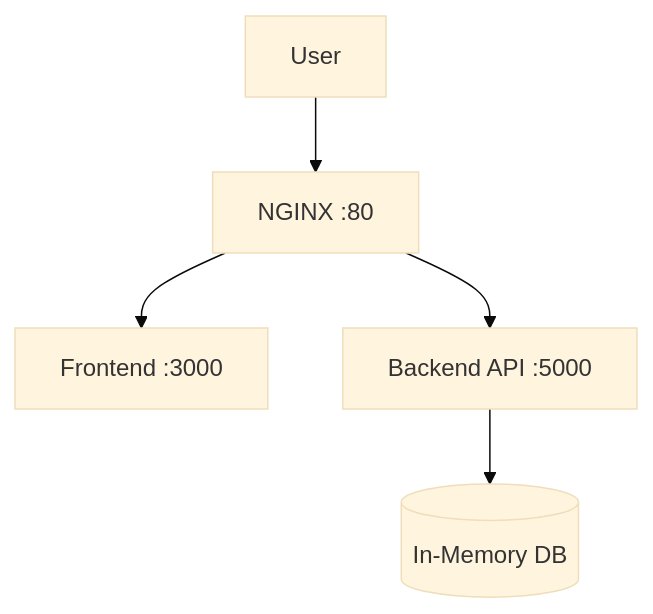
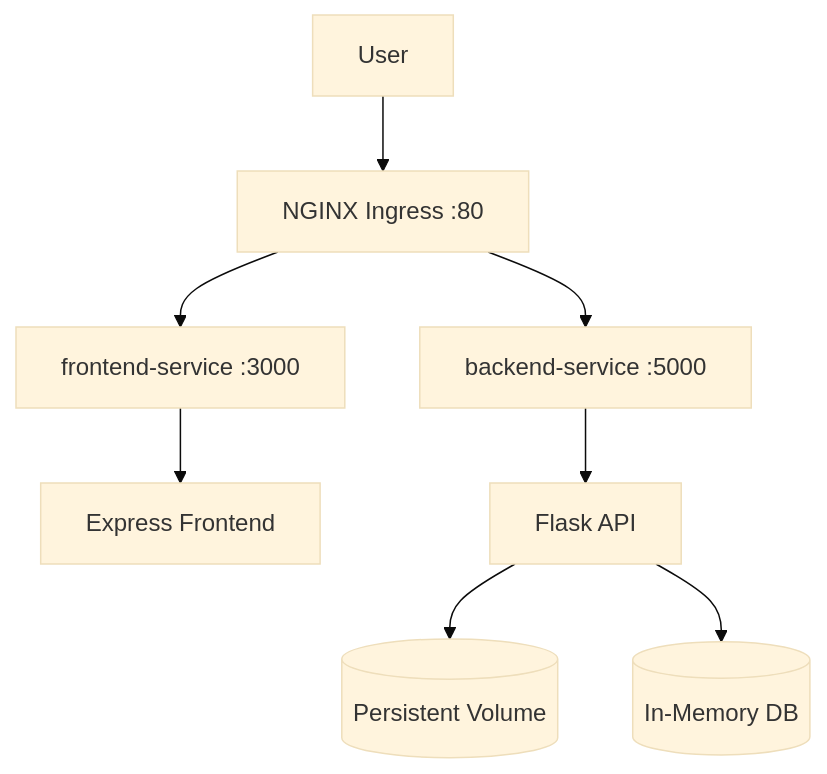
One commit to AbhishekDesaii/employee-management-aws changed the diagram in README.md. Above: the diagram before and after it, drawn with Mermaid (base theme). The commit also changed other lines of this file and 25 other files, not shown here.

````diff
--- a/README.md
+++ b/README.md
@@ -148,7 +234,10 @@
 ```mermaid
 graph TD
-    User-->Nginx[NGINX :80]
-    Nginx-->Frontend[Frontend :3000]
-    Nginx-->Backend[Backend API :5000]
+    User-->Ingress[NGINX Ingress :80]
+    Ingress-->FrontendSvc[frontend-service :3000]
+    Ingress-->BackendSvc[backend-service :5000]
+    FrontendSvc-->Frontend[Express Frontend]
+    BackendSvc-->Backend[Flask API]
+    Backend-->PVC[(Persistent Volume)]
     Backend-->InMemoryDB[(In-Memory DB)]
 ```
````
